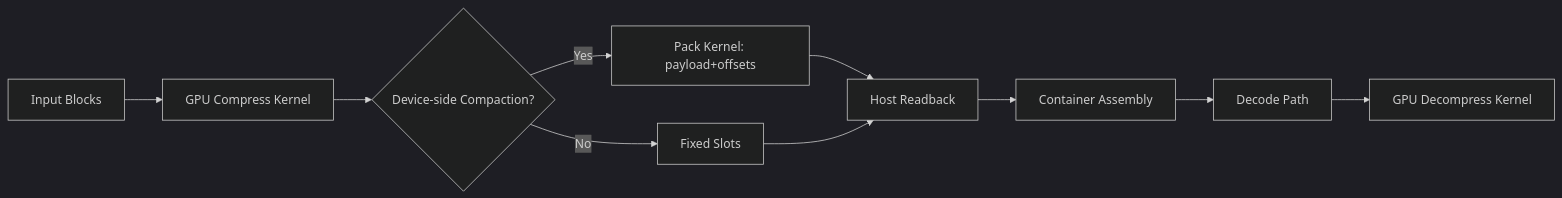
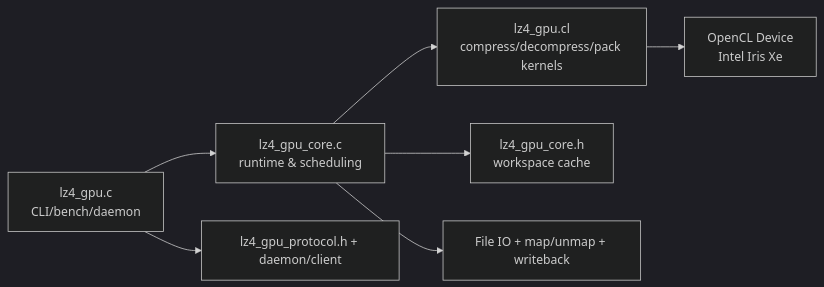
Before and after one commit to obsidian0215/lz4: the first of 3 diagrams in lz4_gpu/PERFORMANCE_SUMMARY.md, drawn with Mermaid (dark theme). The commit also changed other lines of this file and 5 other files, not shown here.

````diff
--- a/lz4_gpu/PERFORMANCE_SUMMARY.md
+++ b/lz4_gpu/PERFORMANCE_SUMMARY.md
@@ -640,12 +68,9 @@
 ```mermaid
 flowchart LR
-  A[Input Blocks] --> B[GPU Compress Kernel]
-  B --> C{Device-side Compaction?}
-  C -->|Yes| D[Pack Kernel: payload+offsets]
-  C -->|No| E[Fixed Slots]
-  D --> F[Host Readback]
-  E --> F
-  F --> G[Container Assembly]
-  G --> H[Decode Path]
-  H --> I[GPU Decompress Kernel]
+    A[lz4_gpu.c<br/>CLI/bench/daemon] --> B[lz4_gpu_core.c<br/>runtime & scheduling]
+    B --> C[lz4_gpu.cl<br/>compress/decompress/pack kernels]
+    B --> D[lz4_gpu_core.h<br/>workspace cache]
+    A --> E[lz4_gpu_protocol.h + daemon/client]
+    C --> F[OpenCL Device<br/>Intel Iris Xe]
+    B --> G[File IO + map/unmap + writeback]
 ```
````
